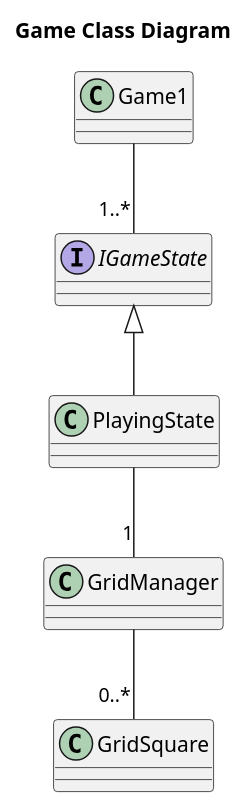
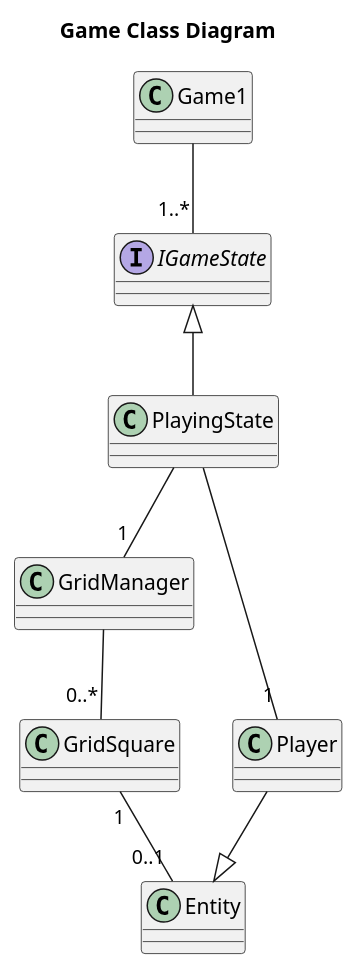
One commit to campbellmbrown/dungeon-crawler changed the diagram in docs/game-class-diagram.puml. Above: the diagram before and after it, drawn with PlantUML. The commit also changed 2 other files, not shown here.

```diff
--- a/docs/game-class-diagram.puml
+++ b/docs/game-class-diagram.puml
@@ -1,18 +1,24 @@
-@startuml
+@startuml Game Class Diagram
 
 title Game Class Diagram
 
 class Game1
 
 interface IGameState
+
+class Entity
 class PlayingState
 class GridManager
 class GridSquare
+class Player
 
 Game1 -- "1..*" IGameState
 
 IGameState <|-- PlayingState
 PlayingState -- "1" GridManager
+PlayingState -- "1" Player
+Player --|> Entity
 GridManager -- "0..*" GridSquare
+GridSquare "1" -- "0..1" Entity
 
 @enduml
```
